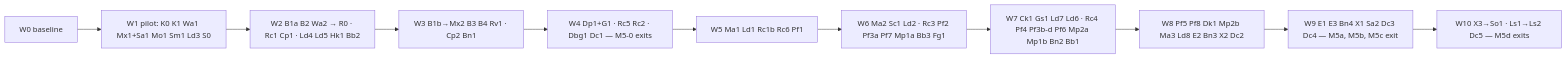
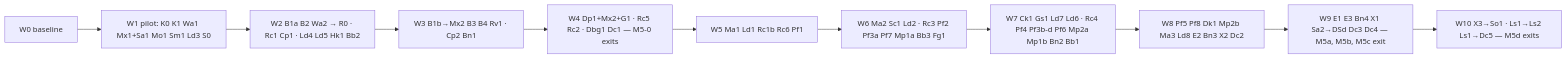
Before and after one commit to doughtnerd/TranquilityEngine: the diagram in docs/plans/2026-11-audio-mix-m5-waves.md, drawn with Mermaid. The commit also changed other lines of this file and 4 other files, not shown here.

````diff
--- a/docs/plans/2026-11-audio-mix-m5-waves.md
+++ b/docs/plans/2026-11-audio-mix-m5-waves.md
@@ -71,13 +78,13 @@
 ```mermaid
 graph LR
   W0[W0 baseline] --> W1[W1 pilot: K0 K1 Wa1 Mx1+Sa1 Mo1 Sm1 Ld3 S0]
   W1 --> W2[W2 B1a B2 Wa2 → R0 · Rc1 Cp1 · Ld4 Ld5 Hk1 Bb2]
   W2 --> W3[W3 B1b→Mx2 B3 B4 Rv1 · Cp2 Bn1]
-  W3 --> W4[W4 Dp1+G1 · Rc5 Rc2 · Dbg1 Dc1 — M5-0 exits]
+  W3 --> W4[W4 Dp1+Mx2+G1 · Rc5 Rc2 · Dbg1 Dc1 — M5-0 exits]
   W4 --> W5[W5 Ma1 Ld1 Rc1b Rc6 Pf1]
   W5 --> W6[W6 Ma2 Sc1 Ld2 · Rc3 Pf2 Pf3a Pf7 Mp1a Bb3 Fg1]
   W6 --> W7[W7 Ck1 Gs1 Ld7 Ld6 · Rc4 Pf4 Pf3b-d Pf6 Mp2a Mp1b Bn2 Bb1]
   W7 --> W8[W8 Pf5 Pf8 Dk1 Mp2b Ma3 Ld8 E2 Bn3 X2 Dc2]
-  W8 --> W9[W9 E1 E3 Bn4 X1 Sa2 Dc3 Dc4 — M5a, M5b, M5c exit]
-  W9 --> W10[W10 X3→So1 · Ls1→Ls2 Dc5 — M5d exits]
+  W8 --> W9[W9 E1 E3 Bn4 X1 Sa2→DSd Dc3 Dc4 — M5a, M5b, M5c exit]
+  W9 --> W10[W10 X3→So1 · Ls1→Ls2 Ls1→Dc5 — M5d exits]
 ```
````
